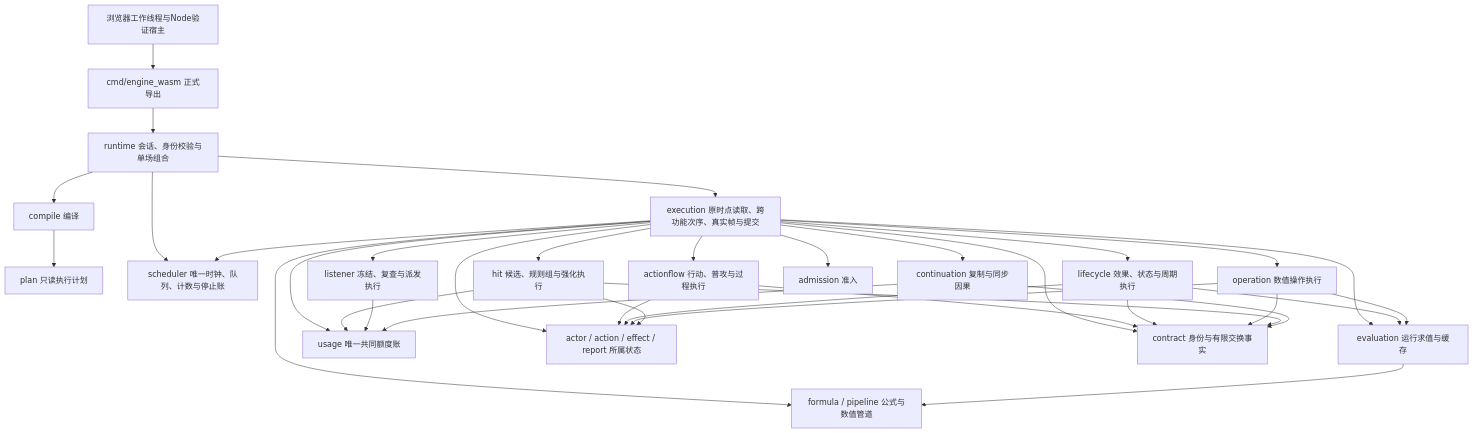
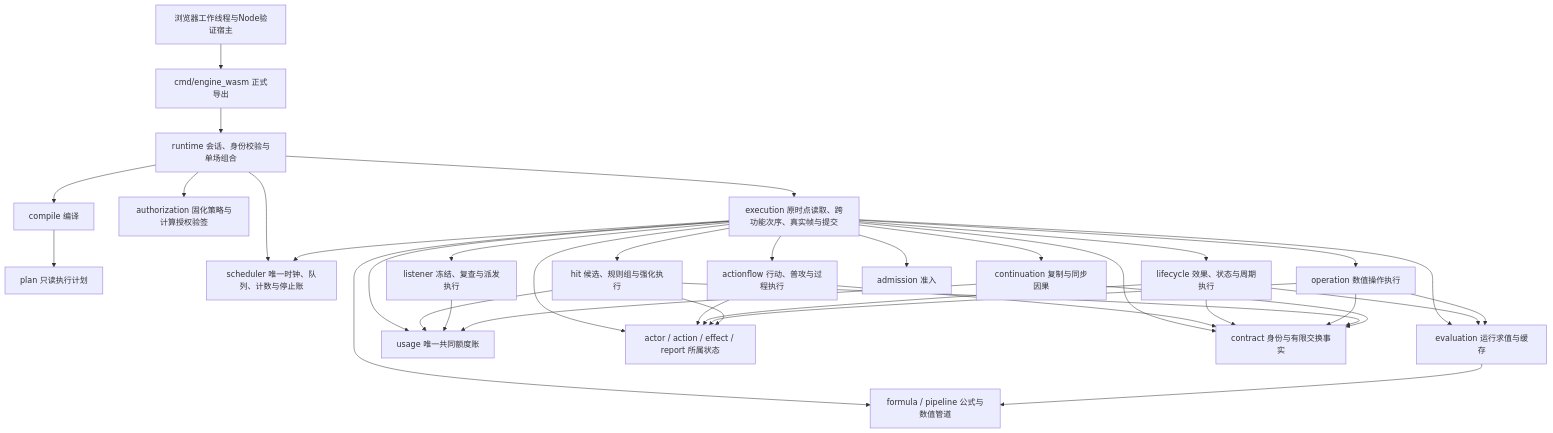
Before and after one commit to JeanbartBiubiu/damage_viewer_project_planning: the diagram in wasm/tinygo_engine_v2/ARCHITECTURE.md, drawn with Mermaid. The commit also changed other lines of this file and 260 other files, not shown here.

````diff
--- a/wasm/tinygo_engine_v2/ARCHITECTURE.md
+++ b/wasm/tinygo_engine_v2/ARCHITECTURE.md
@@ -9,54 +9,56 @@
 ```mermaid
 graph TD
     Host["浏览器工作线程与Node验证宿主"]
     Export["cmd/engine_wasm 正式导出"]
     Runtime["runtime 会话、身份校验与单场组合"]
     Compile["compile 编译"]
+    Authorization["authorization 固化策略与计算授权验签"]
     Plan["plan 只读执行计划"]
     Root["execution 原时点读取、跨功能次序、真实帧与提交"]
     Loop["scheduler 唯一时钟、队列、计数与停止账"]
     Act["actionflow 行动、普攻与过程执行"]
     Life["lifecycle 效果、状态与周期执行"]
     Op["operation 数值操作执行"]
     Hit["hit 候选、规则组与强化执行"]
     Listener["listener 冻结、复查与派发执行"]
     Cont["continuation 复制与同步因果"]
     Admission["admission 准入"]
     Eval["evaluation 运行求值与缓存"]
     Usage["usage 唯一共同额度账"]
     Stores["actor / action / effect / report 所属状态"]
     Contract["contract 身份与有限交换事实"]
     Math["formula / pipeline 公式与数值管道"]
     Host --> Export --> Runtime
     Runtime --> Compile --> Plan
+    Runtime --> Authorization
     Runtime --> Root
     Runtime --> Loop
     Root --> Loop
     Root --> Act
     Root --> Life
     Root --> Op
     Root --> Hit
     Root --> Listener
     Root --> Cont
     Root --> Admission
     Root --> Eval
     Root --> Usage
     Root --> Stores
     Root --> Contract
     Root --> Math
     Act --> Stores
     Life --> Stores
     Op --> Stores
     Hit --> Stores
     Life --> Eval
     Op --> Eval
     Hit --> Usage
     Listener --> Usage
     Cont --> Usage
     Act --> Contract
     Life --> Contract
     Op --> Contract
     Hit --> Contract
     Cont --> Contract
     Eval --> Math
 ```
````
